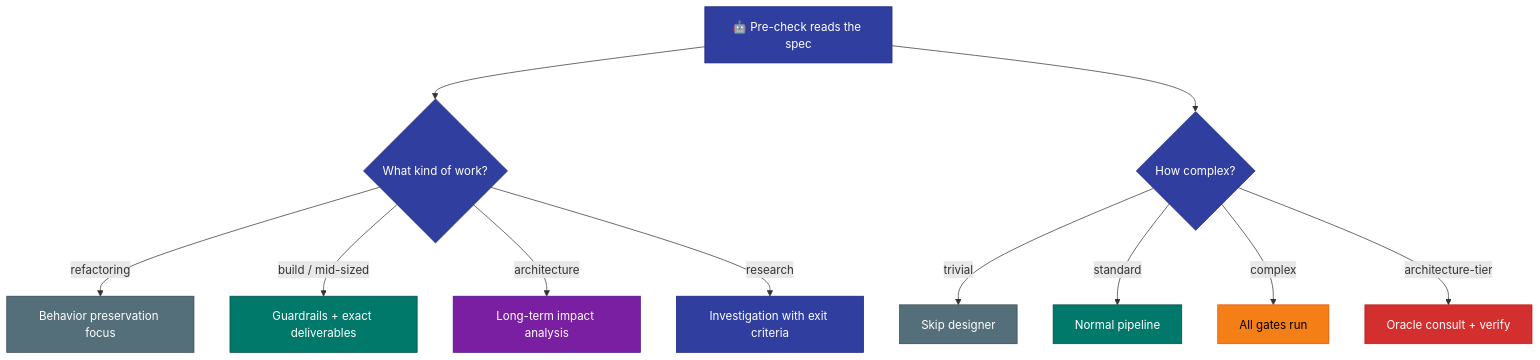
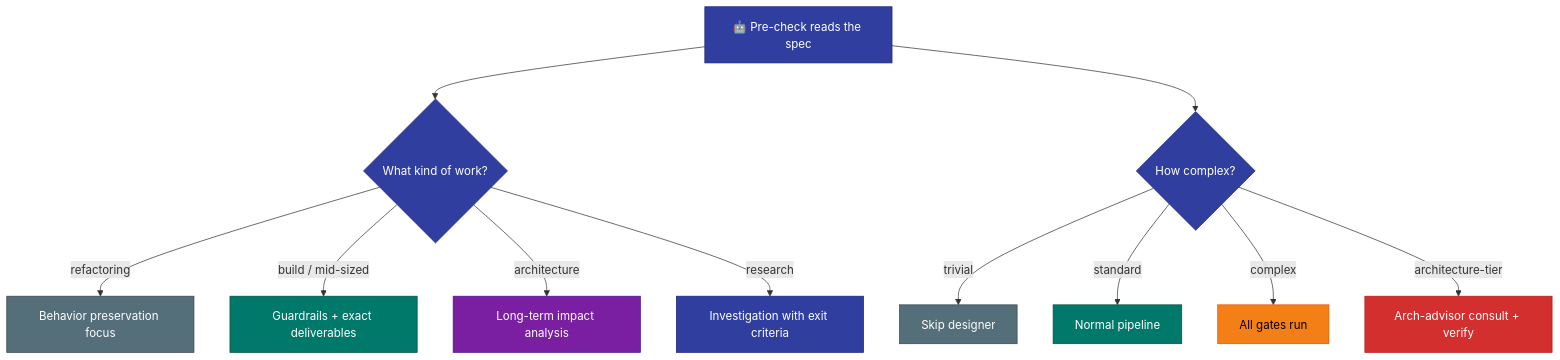
The fourth of 5 diagrams in docs/HOW-IT-WORKS.md (TejGandham/keel), drawn with Mermaid before and after one commit. The commit also changed other lines of this file and 30 other files, not shown here.

First line of the commit message:
refactor: rename oracle → arch-advisor, plan-lander → landing-verifier

````diff
--- a/docs/HOW-IT-WORKS.md
+++ b/docs/HOW-IT-WORKS.md
@@ -136,26 +136,26 @@
 ```mermaid
 graph TD
     FEAT["🤖 Pre-check reads the spec"] --> INT{"What kind of work?"}
     INT -->|"refactoring"| C1["Behavior preservation focus"]
     INT -->|"build / mid-sized"| C2["Guardrails + exact deliverables"]
     INT -->|"architecture"| C3["Long-term impact analysis"]
     INT -->|"research"| C4["Investigation with exit criteria"]
 
     FEAT --> COMP{"How complex?"}
     COMP -->|"trivial"| R1["Skip designer"]
     COMP -->|"standard"| R2["Normal pipeline"]
     COMP -->|"complex"| R3["All gates run"]
-    COMP -->|"architecture-tier"| R4["Oracle consult + verify"]
+    COMP -->|"architecture-tier"| R4["Arch-advisor consult + verify"]
 
     style FEAT fill:#303F9F,stroke:#1A237E,color:#fff
     style INT fill:#303F9F,stroke:#1A237E,color:#fff
     style COMP fill:#303F9F,stroke:#1A237E,color:#fff
     style C1 fill:#546E7A,stroke:#37474F,color:#fff
     style C2 fill:#00796B,stroke:#004D40,color:#fff
     style C3 fill:#7B1FA2,stroke:#4A148C,color:#fff
     style C4 fill:#303F9F,stroke:#1A237E,color:#fff
     style R1 fill:#546E7A,stroke:#37474F,color:#fff
     style R2 fill:#00796B,stroke:#004D40,color:#fff
     style R3 fill:#F57F17,stroke:#E65100,color:#000
     style R4 fill:#D32F2F,stroke:#B71C1C,color:#fff
 ```
````
